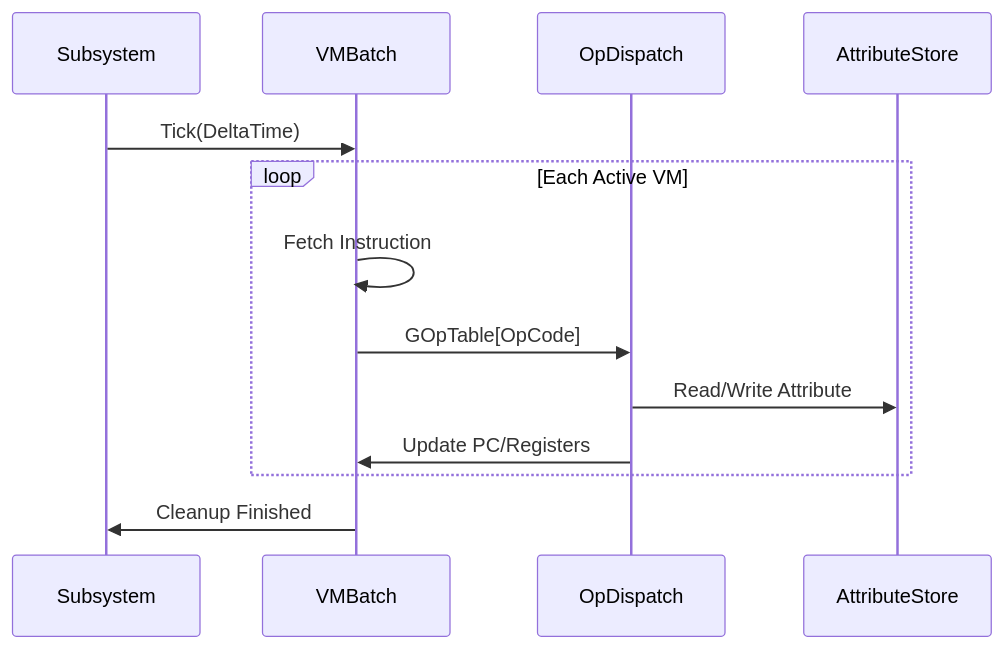
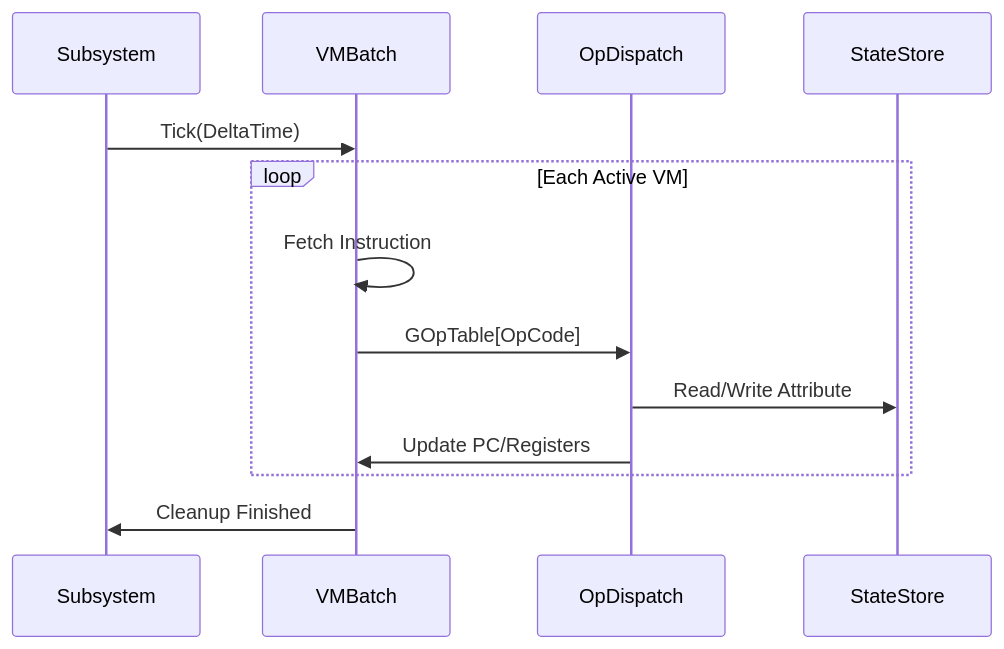
One commit to dkwkekzz/HktProto changed the second of 2 diagrams in .cursor/plans/hktsimulation_dod_vm_fc423ce7.plan.md. Above: the diagram before and after it, drawn with Mermaid. The commit also changed other lines of this file and 34 other files, not shown here.

````diff
--- a/.cursor/plans/hktsimulation_dod_vm_fc423ce7.plan.md
+++ b/.cursor/plans/hktsimulation_dod_vm_fc423ce7.plan.md
@@ -248,16 +239,16 @@
 ```mermaid
 sequenceDiagram
     participant Sub as Subsystem
     participant Batch as VMBatch
     participant Dispatch as OpDispatch
-    participant Attrs as AttributeStore
+    participant Attrs as StateStore
     
     Sub->>Batch: Tick(DeltaTime)
     loop Each Active VM
         Batch->>Batch: Fetch Instruction
         Batch->>Dispatch: GOpTable[OpCode]
         Dispatch->>Attrs: Read/Write Attribute
         Dispatch->>Batch: Update PC/Registers
     end
     Batch->>Sub: Cleanup Finished
 ```
````
